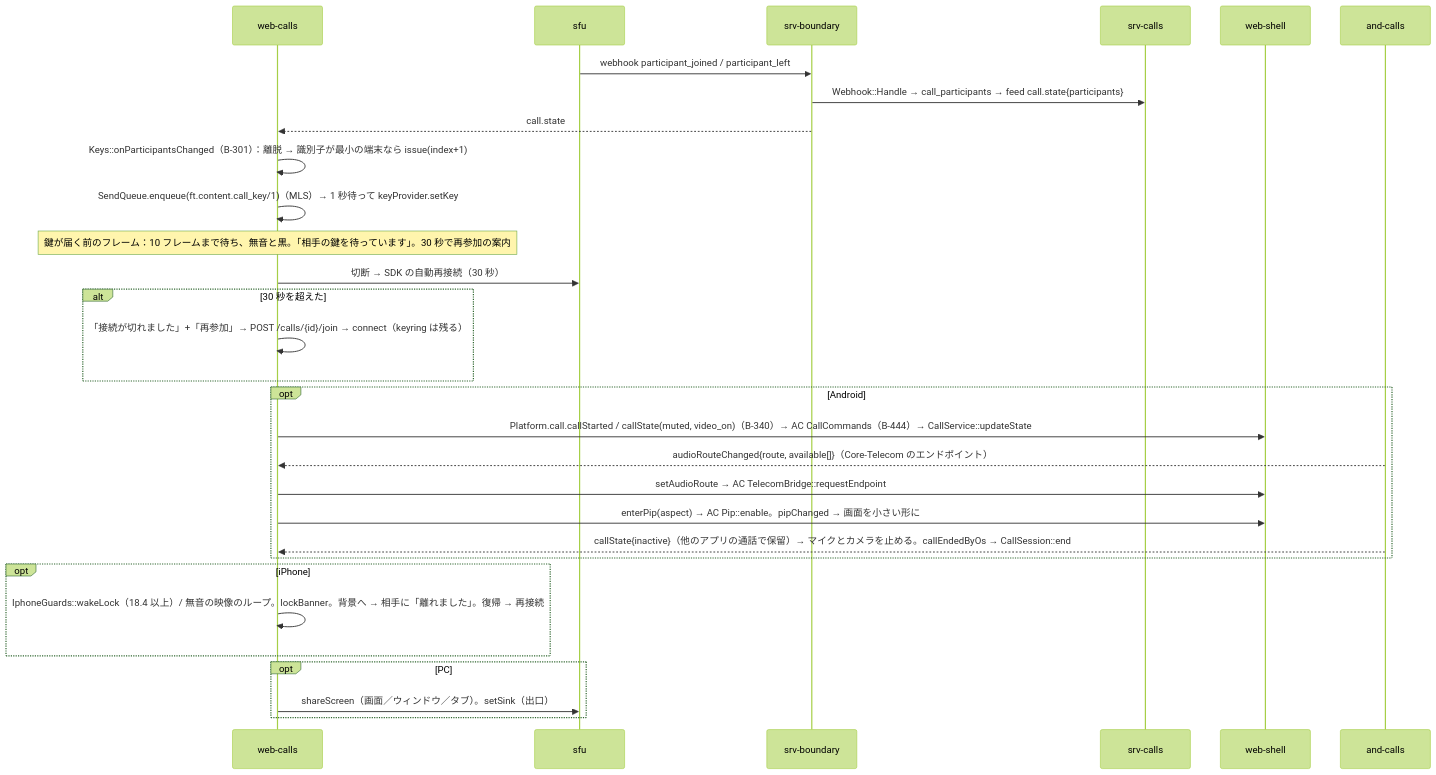
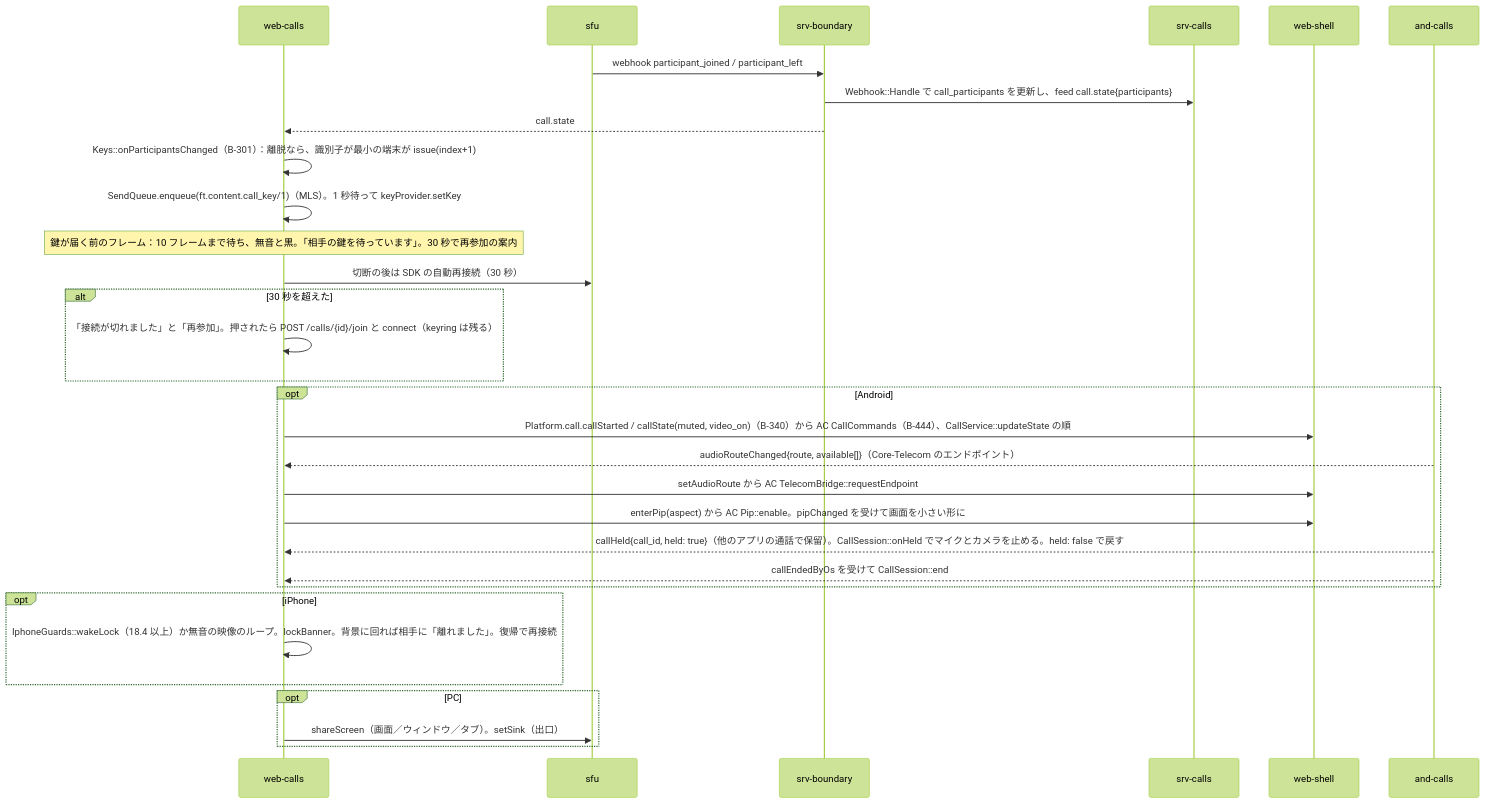
Before and after one commit to nrsd-ishikawasou/family-talk-pwa: the third of 4 diagrams in dev/docs/jp/シーケンス/07_通話.md, drawn with Mermaid (forest theme). The commit also changed other lines of this file and 290 other files, not shown here.

````diff
--- a/dev/docs/jp/シーケンス/07_通話.md
+++ b/dev/docs/jp/シーケンス/07_通話.md
@@ -95,32 +104,33 @@
 ```mermaid
 sequenceDiagram
   participant W as web-calls
   participant SFU as sfu
   participant BD as srv-boundary
   participant CL as srv-calls
   participant WH as web-shell
   participant AC as and-calls
   SFU->>BD: webhook participant_joined / participant_left
-  BD->>CL: Webhook::Handle → call_participants → feed call.state{participants}
+  BD->>CL: Webhook::Handle で call_participants を更新し、feed call.state{participants}
   BD-->>W: call.state
-  W->>W: Keys::onParticipantsChanged（B-301）：離脱 → 識別子が最小の端末なら issue(index+1)
-  W->>W: SendQueue.enqueue(ft.content.call_key/1)（MLS）→ 1 秒待って keyProvider.setKey
+  W->>W: Keys::onParticipantsChanged（B-301）：離脱なら、識別子が最小の端末が issue(index+1)
+  W->>W: SendQueue.enqueue(ft.content.call_key/1)（MLS）。1 秒待って keyProvider.setKey
   Note over W: 鍵が届く前のフレーム：10 フレームまで待ち、無音と黒。「相手の鍵を待っています」。30 秒で再参加の案内
-  W->>SFU: 切断 → SDK の自動再接続（30 秒）
+  W->>SFU: 切断の後は SDK の自動再接続（30 秒）
   alt 30 秒を超えた
-    W->>W: 「接続が切れました」+「再参加」→ POST /calls/{id}/join → connect（keyring は残る）
+    W->>W: 「接続が切れました」と「再参加」。押されたら POST /calls/{id}/join と connect（keyring は残る）
   end
   opt Android
-    W->>WH: Platform.call.callStarted / callState(muted, video_on)（B-340）→ AC CallCommands（B-444）→ CallService::updateState
+    W->>WH: Platform.call.callStarted / callState(muted, video_on)（B-340）から AC CallCommands（B-444）、CallService::updateState の順
     AC-->>W: audioRouteChanged{route, available[]}（Core-Telecom のエンドポイント）
-    W->>WH: setAudioRoute → AC TelecomBridge::requestEndpoint
-    W->>WH: enterPip(aspect) → AC Pip::enable。pipChanged → 画面を小さい形に
-    AC-->>W: callState{inactive}（他のアプリの通話で保留）→ マイクとカメラを止める。callEndedByOs → CallSession::end
+    W->>WH: setAudioRoute から AC TelecomBridge::requestEndpoint
+    W->>WH: enterPip(aspect) から AC Pip::enable。pipChanged を受けて画面を小さい形に
+    AC-->>W: callHeld{call_id, held: true}（他のアプリの通話で保留）。CallSession::onHeld でマイクとカメラを止める。held: false で戻す
+    AC-->>W: callEndedByOs を受けて CallSession::end
   end
   opt iPhone
-    W->>W: IphoneGuards::wakeLock（18.4 以上）/ 無音の映像のループ。lockBanner。背景へ → 相手に「離れました」。復帰 → 再接続
+    W->>W: IphoneGuards::wakeLock（18.4 以上）か無音の映像のループ。lockBanner。背景に回れば相手に「離れました」。復帰で再接続
   end
   opt PC
     W->>SFU: shareScreen（画面／ウィンドウ／タブ）。setSink（出口）
   end
 ```
````
